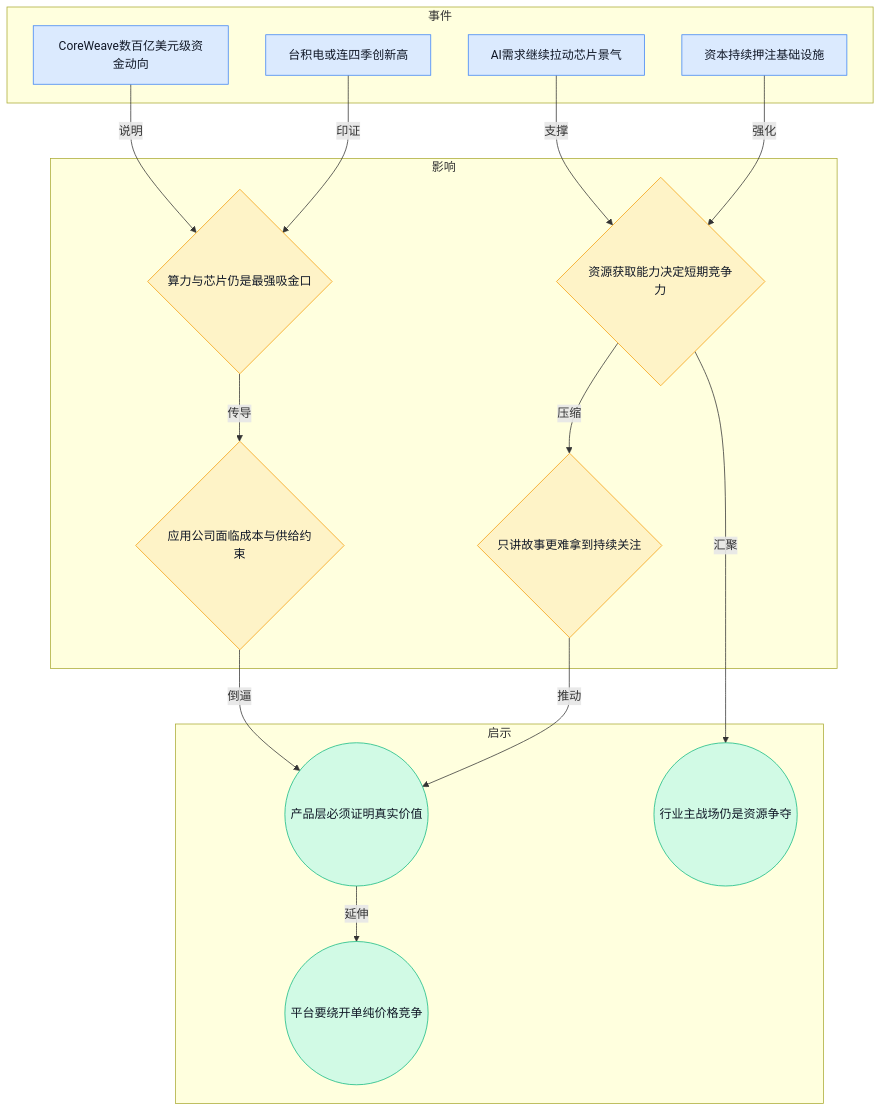
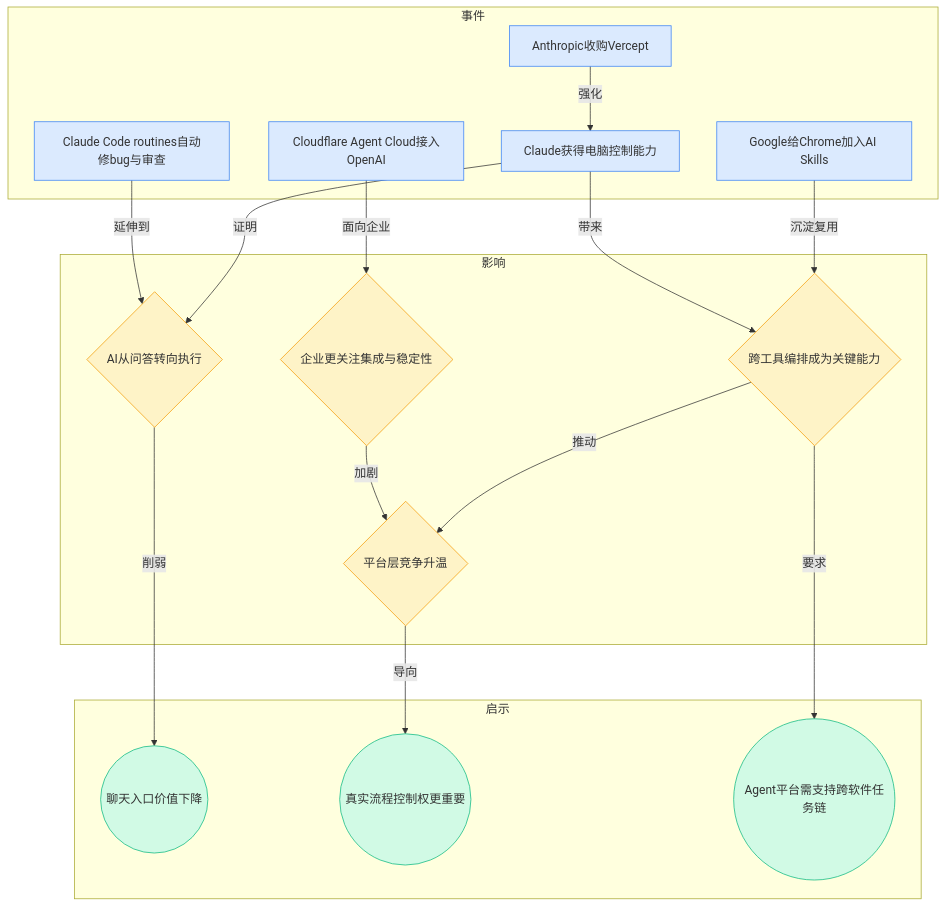
The second of 8 diagrams in content/cn/blog/weekly/2026-W16.md (ylzsdafei/ai-daily-site), drawn with Mermaid before and after one commit. The commit also changed other lines of this file and 6 other files, not shown here.

````diff
--- a/content/cn/blog/weekly/2026-W16.md
+++ b/content/cn/blog/weekly/2026-W16.md
@@ -34,36 +36,38 @@
 ```mermaid
 graph TD
 subgraph 事件
-A[CoreWeave数百亿美元级资金动向]
-B[台积电或连四季创新高]
-C[AI需求继续拉动芯片景气]
-D[资本持续押注基础设施]
+A[Anthropic收购Vercept]
+B[Claude获得电脑控制能力]
+C[Claude Code routines自动修bug与审查]
+D[Google给Chrome加入AI Skills]
+E[Cloudflare Agent Cloud接入OpenAI]
 end
 subgraph 影响
-E{算力与芯片仍是最强吸金口}
-F{资源获取能力决定短期竞争力}
-G{应用公司面临成本与供给约束}
-H{只讲故事更难拿到持续关注}
+F{AI从问答转向执行}
+G{跨工具编排成为关键能力}
+H{企业更关注集成与稳定性}
+I{平台层竞争升温}
 end
 subgraph 启示
-I((行业主战场仍是资源争夺))
-J((产品层必须证明真实价值))
-K((平台要绕开单纯价格竞争))
+J((聊天入口价值下降))
+K((真实流程控制权更重要))
+L((Agent平台需支持跨软件任务链))
 end
-A -->|说明| E
-B -->|印证| E
-C -->|支撑| F
-D -->|强化| F
-E -->|传导| G
-F -->|压缩| H
-G -->|倒逼| J
-H -->|推动| J
-F -->|汇聚| I
-J -->|延伸| K
-classDef blue fill:#dbeafe,stroke:#3b82f6,color:#111827
-classDef yellow fill:#fef3c7,stroke:#f59e0b,color:#111827
-classDef green fill:#d1fae5,stroke:#10b981,color:#111827
-class A,B,C,D blue
-class E,F,G,H yellow
-class I,J,K green
+A -->|强化| B
+B -->|证明| F
+C -->|延伸到| F
+D -->|沉淀复用| G
+B -->|带来| G
+E -->|面向企业| H
+G -->|推动| I
+H -->|加剧| I
+F -->|削弱| J
+I -->|导向| K
+G -->|要求| L
+classDef blue fill:#dbeafe,stroke:#3b82f6
+classDef yellow fill:#fef3c7,stroke:#f59e0b
+classDef green fill:#d1fae5,stroke:#10b981
+class A,B,C,D,E blue
+class F,G,H,I yellow
+class J,K,L green
 ```
````
